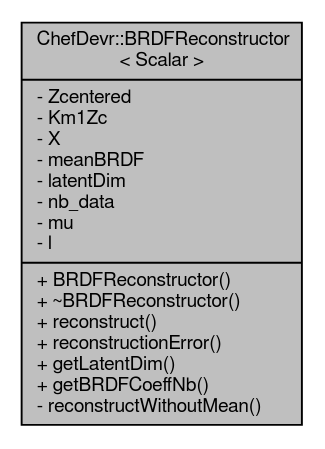
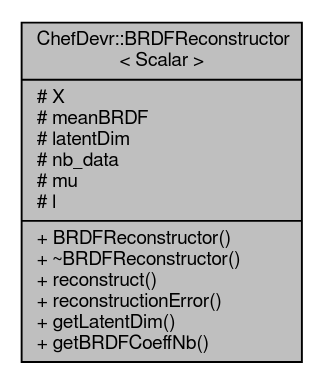
One commit to bsella/BRDF3000 changed the diagram in docs/class_chef_devr_1_1_b_r_d_f_reconstructor__coll__graph.dot. Above: the diagram before and after it, drawn with Graphviz. The commit also changed 459 other files, not shown here.

```diff
--- a/docs/class_chef_devr_1_1_b_r_d_f_reconstructor__coll__graph.dot
+++ b/docs/class_chef_devr_1_1_b_r_d_f_reconstructor__coll__graph.dot
@@ -1,7 +1,6 @@
 digraph "ChefDevr::BRDFReconstructor&lt; Scalar &gt;"
 {
- // LATEX_PDF_SIZE
   edge [fontname="FreeSans",fontsize="10",labelfontname="FreeSans",labelfontsize="10"];
   node [fontname="FreeSans",fontsize="10",shape=record];
-  Node1 [label="{ChefDevr::BRDFReconstructor\l\< Scalar \>\n|- Zcentered\l- Km1Zc\l- X\l- meanBRDF\l- latentDim\l- nb_data\l- mu\l- l\l|+ BRDFReconstructor()\l+ ~BRDFReconstructor()\l+ reconstruct()\l+ reconstructionError()\l+ getLatentDim()\l+ getBRDFCoeffNb()\l- reconstructWithoutMean()\l}",height=0.2,width=0.4,color="black", fillcolor="grey75", style="filled", fontcolor="black",tooltip="Class that allows BRDF reconstruction from latent space coordinates."];
+  Node1 [label="{ChefDevr::BRDFReconstructor\l\< Scalar \>\n|# X\l# meanBRDF\l# latentDim\l# nb_data\l# mu\l# l\l|+ BRDFReconstructor()\l+ ~BRDFReconstructor()\l+ reconstruct()\l+ reconstructionError()\l+ getLatentDim()\l+ getBRDFCoeffNb()\l}",height=0.2,width=0.4,color="black", fillcolor="grey75", style="filled", fontcolor="black"];
 }
```
